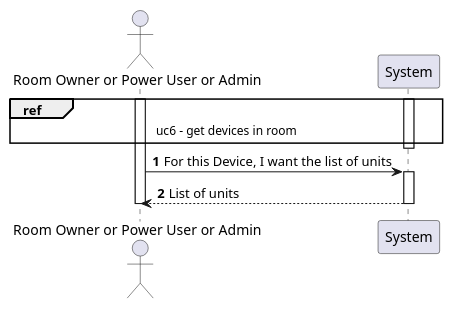
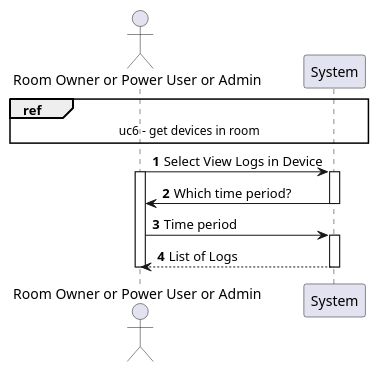
Before and after one commit to olivDiogo/SmartHome: the diagram in docs/useCases/uc11_toGetLogFromDevice/artifacts/uc11_SSD.puml, drawn with PlantUML. The commit also changed 13 other files, not shown here.

```diff
--- a/docs/useCases/uc11_toGetLogFromDevice/artifacts/uc11_SSD.puml
+++ b/docs/useCases/uc11_toGetLogFromDevice/artifacts/uc11_SSD.puml
@@ -1,23 +1,27 @@
 @startuml
 !pragma layout smetana
 
 autonumber
 
 actor "Room Owner or Power User or Admin" as User
 participant System
 
 'User -> System: Give me the list of rooms
 'System --> User: List of Rooms
 'User -> System: Give me the list of devices in this room
 'System --> User: List of Devices
+
+ref over User, System: uc6 - get devices in room
+
+User -> System: Select View Logs in Device
 activate User
-ref over User, System: uc6 - get devices in room
 activate System
+System -> User: Which time period?
 deactivate System
-User -> System: For this Device, I want the list of units
+User -> System: Time period
 activate System
-System --> User: List of units
+System --> User: List of Logs
 deactivate System
 deactivate User
 
 @enduml
```
